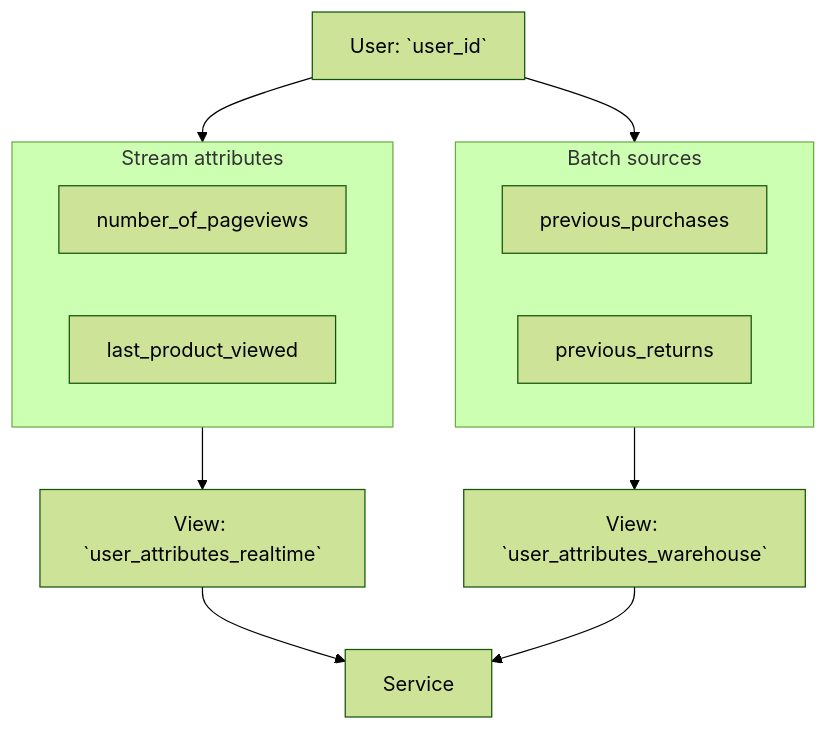
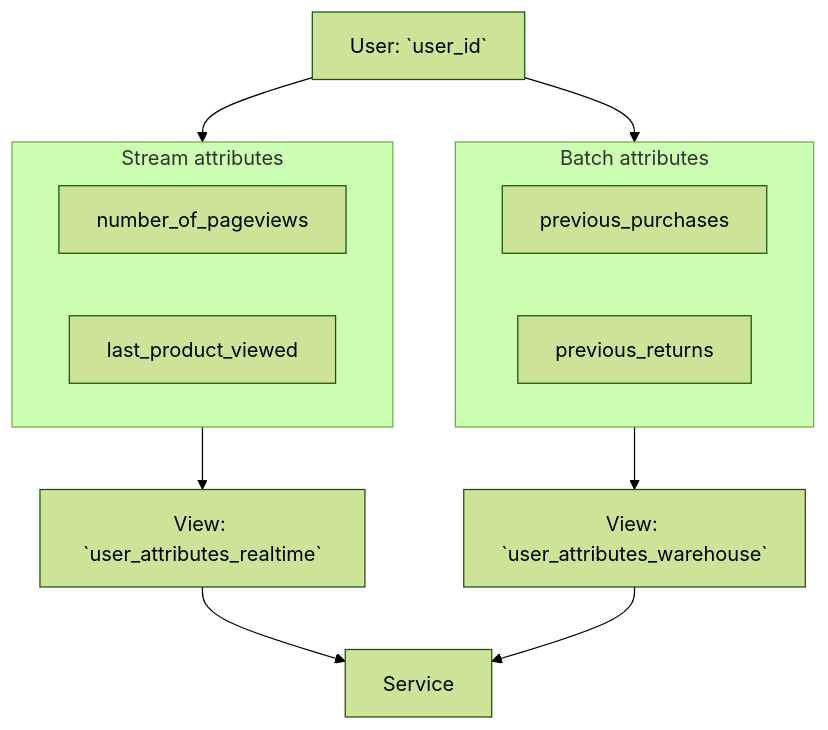
The fourth of 5 diagrams in docs/signals/concepts/index.md (snowplow/documentation), drawn with Mermaid (forest theme) before and after one commit. The commit also changed other lines of this file, not shown here.

````diff
--- a/docs/signals/concepts/index.md
+++ b/docs/signals/concepts/index.md
@@ -132,21 +134,21 @@
 ```mermaid
 flowchart TD
     Entity[User: `user_id`] --> Stream
     Entity --> Batch
 
     subgraph Stream[Stream attributes]
         SA1[number_of_pageviews]
         SA2[last_product_viewed]
     end
 
-    subgraph Batch[Batch sources]
+    subgraph Batch[Batch attributes]
         BA1[previous_purchases]
         BA2[previous_returns]
     end
 
     Stream --> StreamView[View: `user_attributes_realtime`]
     Batch --> BatchView[View: `user_attributes_warehouse`]
 
     StreamView --> Service
     BatchView --> Service
 ```
````
